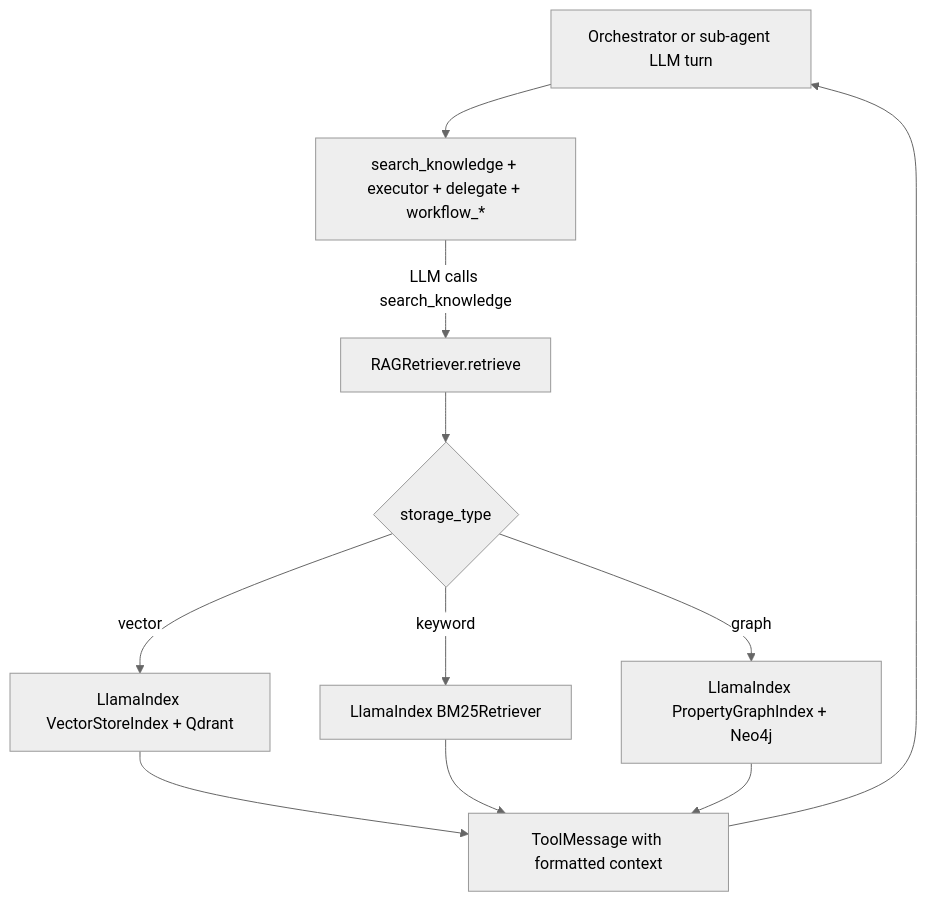
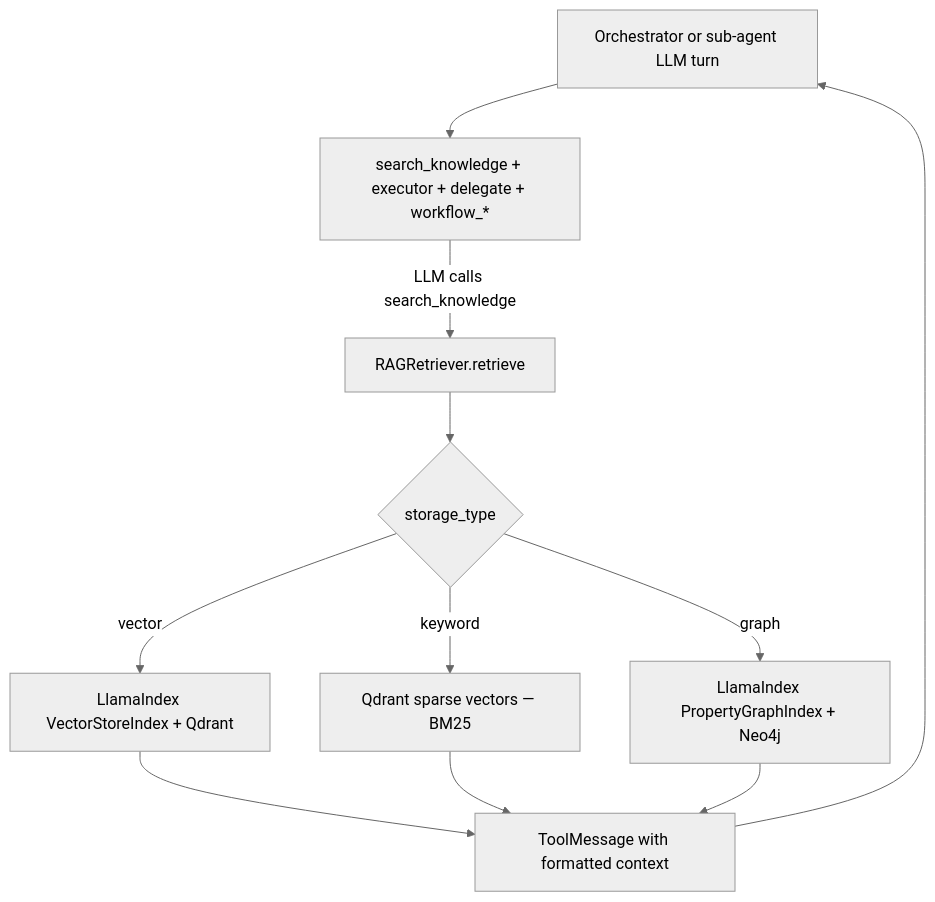
One commit to shehan-jayasinghe/bot-builder changed the diagram in backend/document/chat/03-rag-at-chat-diagrams.md. Above: the diagram before and after it, drawn with Mermaid (neutral theme). The commit also changed other lines of this file and 18 other files, not shown here.

````diff
--- a/backend/document/chat/03-rag-at-chat-diagrams.md
+++ b/backend/document/chat/03-rag-at-chat-diagrams.md
@@ -21,14 +21,14 @@
 ```mermaid
 flowchart TB
     TURN[Orchestrator or sub-agent LLM turn]
     TURN --> TOOLS[search_knowledge + executor + delegate + workflow_*]
     TOOLS -->|LLM calls search_knowledge| RET[RAGRetriever.retrieve]
     RET --> TYPE{storage_type}
     TYPE -->|vector| Q[LlamaIndex VectorStoreIndex + Qdrant]
-    TYPE -->|keyword| K[LlamaIndex BM25Retriever]
+    TYPE -->|keyword| K[Qdrant sparse vectors — BM25]
     TYPE -->|graph| G[LlamaIndex PropertyGraphIndex + Neo4j]
     Q --> TM[ToolMessage with formatted context]
     K --> TM
     G --> TM
     TM --> TURN
 ```
````
